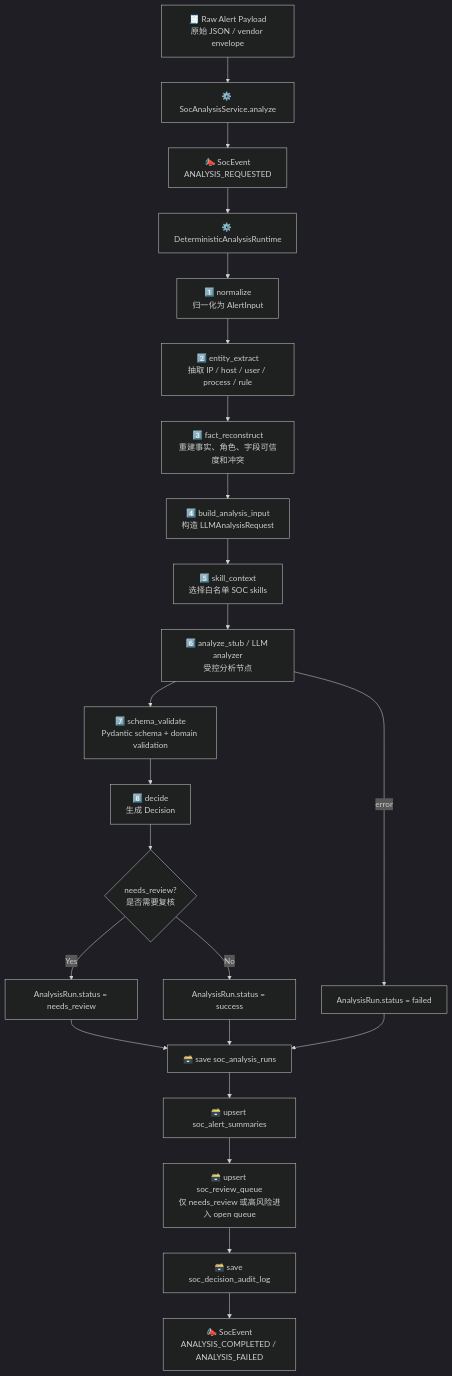
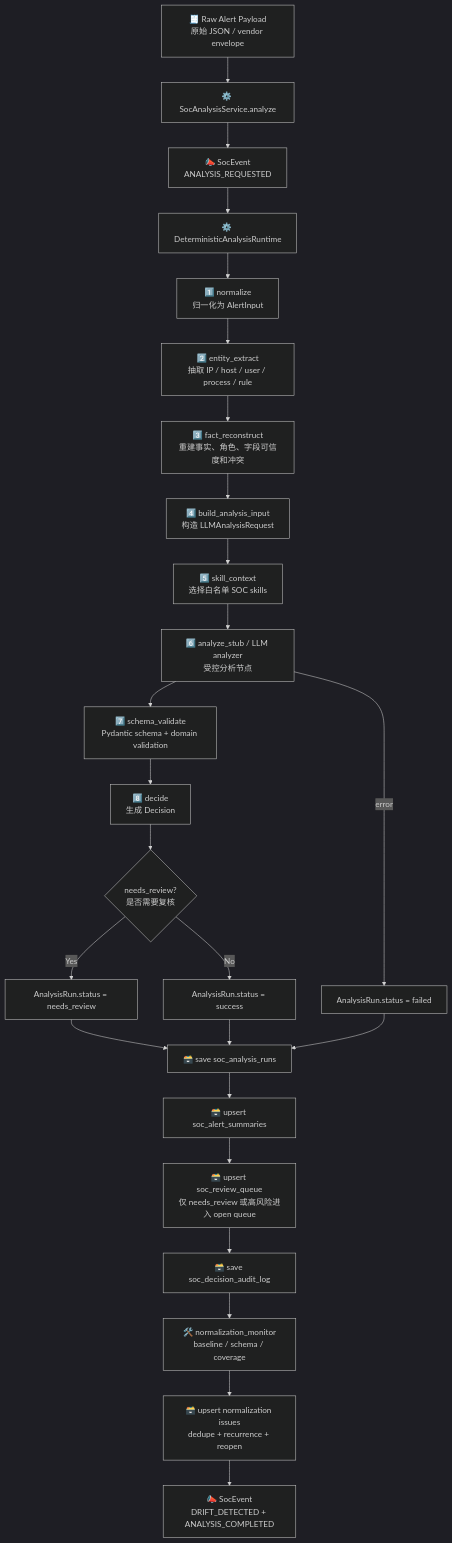
Before and after one commit to yydspanda/deer-flow: the second of 16 diagrams in .notes/ai_soc/alert-lifecycle-flow.md, drawn with Mermaid (dark theme). The commit also changed other lines of this file and 54 other files, not shown here.

Commit message:
feat(soc): harden normalization and maintenance workflow

````diff
--- a/.notes/ai_soc/alert-lifecycle-flow.md
+++ b/.notes/ai_soc/alert-lifecycle-flow.md
@@ -76,28 +82,30 @@
 ```mermaid
 flowchart TD
     A["🧾 Raw Alert Payload<br/>原始 JSON / vendor envelope"] --> B["⚙️ SocAnalysisService.analyze"]
     B --> C["📣 SocEvent<br/>ANALYSIS_REQUESTED"]
     C --> D["⚙️ DeterministicAnalysisRuntime"]
 
     D --> E["1️⃣ normalize<br/>归一化为 AlertInput"]
     E --> F["2️⃣ entity_extract<br/>抽取 IP / host / user / process / rule"]
     F --> G["3️⃣ fact_reconstruct<br/>重建事实、角色、字段可信度和冲突"]
     G --> H["4️⃣ build_analysis_input<br/>构造 LLMAnalysisRequest"]
     H --> I["5️⃣ skill_context<br/>选择白名单 SOC skills"]
     I --> J["6️⃣ analyze_stub / LLM analyzer<br/>受控分析节点"]
     J --> K["7️⃣ schema_validate<br/>Pydantic schema + domain validation"]
     K --> L["8️⃣ decide<br/>生成 Decision"]
 
     L --> M{"needs_review?<br/>是否需要复核"}
     M -->|Yes| N["AnalysisRun.status = needs_review"]
     M -->|No| O["AnalysisRun.status = success"]
     J -->|error| P["AnalysisRun.status = failed"]
 
     N --> Q["🗃️ save soc_analysis_runs"]
     O --> Q
     P --> Q
     Q --> R["🗃️ upsert soc_alert_summaries"]
     R --> S["🗃️ upsert soc_review_queue<br/>仅 needs_review 或高风险进入 open queue"]
     S --> T["🗃️ save soc_decision_audit_log"]
-    T --> U["📣 SocEvent<br/>ANALYSIS_COMPLETED / ANALYSIS_FAILED"]
+    T --> U["🛠️ normalization_monitor<br/>baseline / schema / coverage"]
+    U --> V["🗃️ upsert normalization issues<br/>dedupe + recurrence + reopen"]
+    V --> W["📣 SocEvent<br/>DRIFT_DETECTED + ANALYSIS_COMPLETED"]
 ```
````
